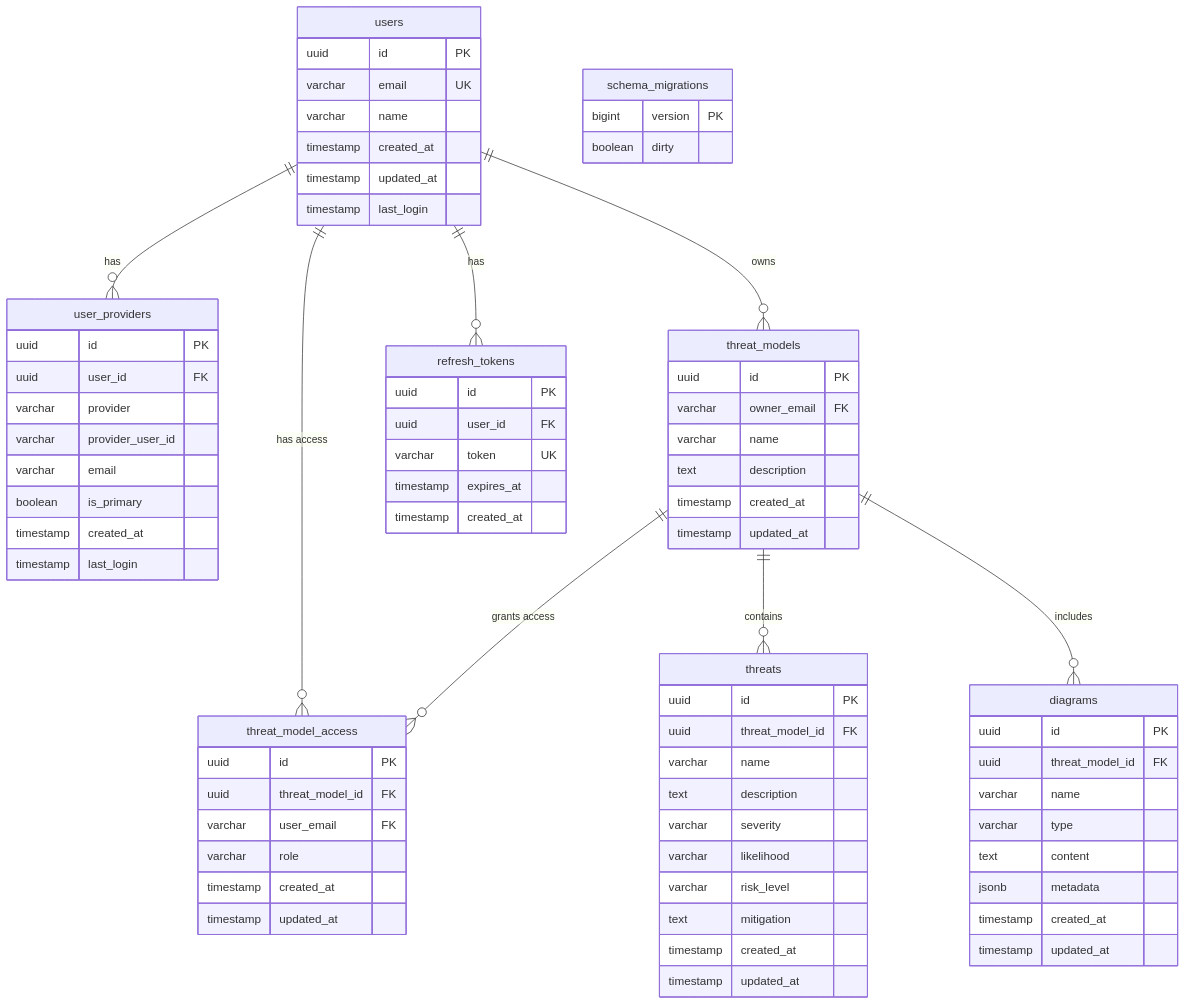
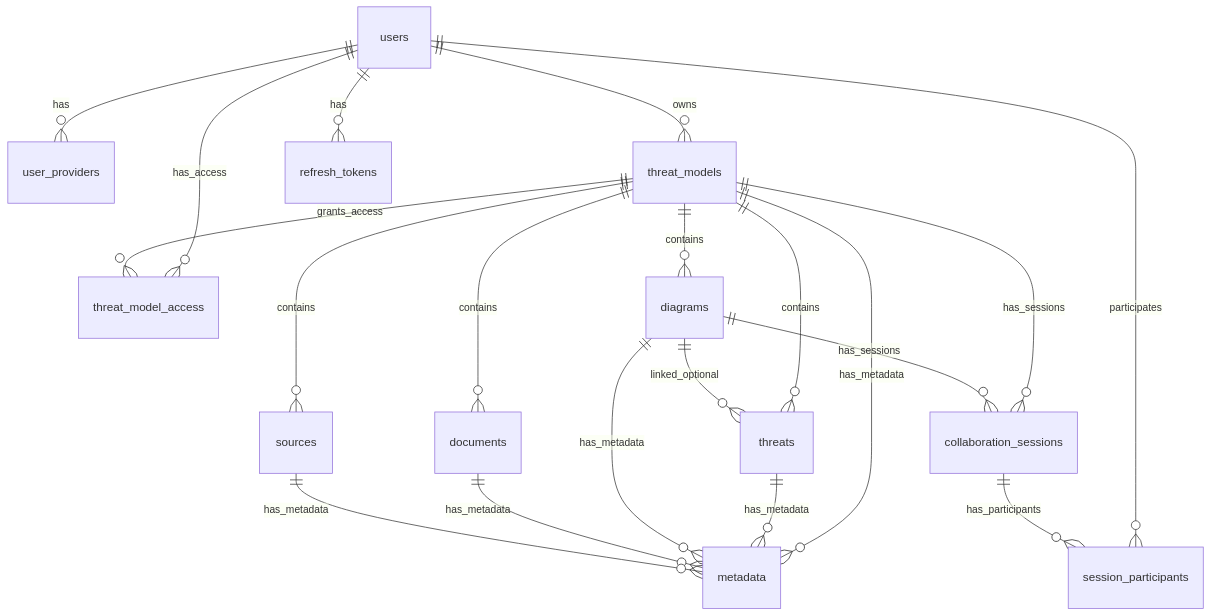
Before and after one commit to ericfitz/tmi: the diagram in docs/POSTGRESQL_DATABASE_SCHEMA.md, drawn with Mermaid. The commit also changed other lines of this file and 1 other file, not shown here.

Commit message:
Fixing diagram create bug, schema documentation

````diff
--- a/docs/POSTGRESQL_DATABASE_SCHEMA.md
+++ b/docs/POSTGRESQL_DATABASE_SCHEMA.md
@@ -44,85 +41,26 @@
 erDiagram
     users ||--o{ user_providers : "has"
     users ||--o{ threat_models : "owns"
-    users ||--o{ threat_model_access : "has access"
+    users ||--o{ threat_model_access : "has_access"
     users ||--o{ refresh_tokens : "has"
+    users ||--o{ session_participants : "participates"
 
-    threat_models ||--o{ threat_model_access : "grants access"
+    threat_models ||--o{ threat_model_access : "grants_access"
     threat_models ||--o{ threats : "contains"
-    threat_models ||--o{ diagrams : "includes"
+    threat_models ||--o{ diagrams : "contains"
+    threat_models ||--o{ documents : "contains"
+    threat_models ||--o{ sources : "contains"
+    threat_models ||--o{ collaboration_sessions : "has_sessions"
 
-    users {
-        uuid id PK
-        varchar email UK
-        varchar name
-        timestamp created_at
-        timestamp updated_at
-        timestamp last_login
-    }
+    diagrams ||--o{ threats : "linked_optional"
+    diagrams ||--o{ collaboration_sessions : "has_sessions"
 
-    user_providers {
-        uuid id PK
-        uuid user_id FK
-        varchar provider
-        varchar provider_user_id
-        varchar email
-        boolean is_primary
-        timestamp created_at
-        timestamp last_login
-    }
+    collaboration_sessions ||--o{ session_participants : "has_participants"
 
-    threat_models {
-        uuid id PK
-        varchar owner_email FK
-        varchar name
-        text description
-        timestamp created_at
-        timestamp updated_at
-    }
-
-    threat_model_access {
-        uuid id PK
-        uuid threat_model_id FK
-        varchar user_email FK
-        varchar role
-        timestamp created_at
-        timestamp updated_at
-    }
-
-    threats {
-        uuid id PK
-        uuid threat_model_id FK
-        varchar name
-        text description
-        varchar severity
-        varchar likelihood
-        varchar risk_level
-        text mitigation
-        timestamp created_at
-        timestamp updated_at
-    }
-
-    diagrams {
-        uuid id PK
-        uuid threat_model_id FK
-        varchar name
-        varchar type
-        text content
-        jsonb metadata
-        timestamp created_at
-        timestamp updated_at
-    }
-
-    refresh_tokens {
-        uuid id PK
-        uuid user_id FK
-        varchar token UK
-        timestamp expires_at
-        timestamp created_at
-    }
-
-    schema_migrations {
-        bigint version PK
-        boolean dirty
-    }
+    %% Metadata relationships (all entity types)
+    threat_models ||--o{ metadata : "has_metadata"
+    threats ||--o{ metadata : "has_metadata"
+    diagrams ||--o{ metadata : "has_metadata"
+    documents ||--o{ metadata : "has_metadata"
+    sources ||--o{ metadata : "has_metadata"
 ```
````
